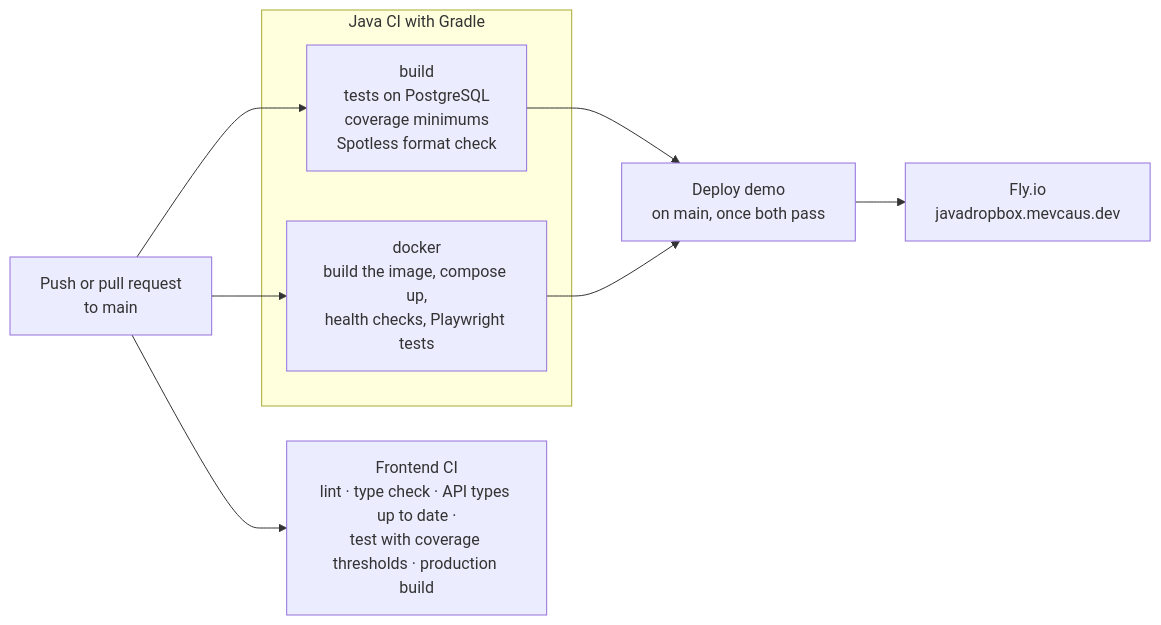
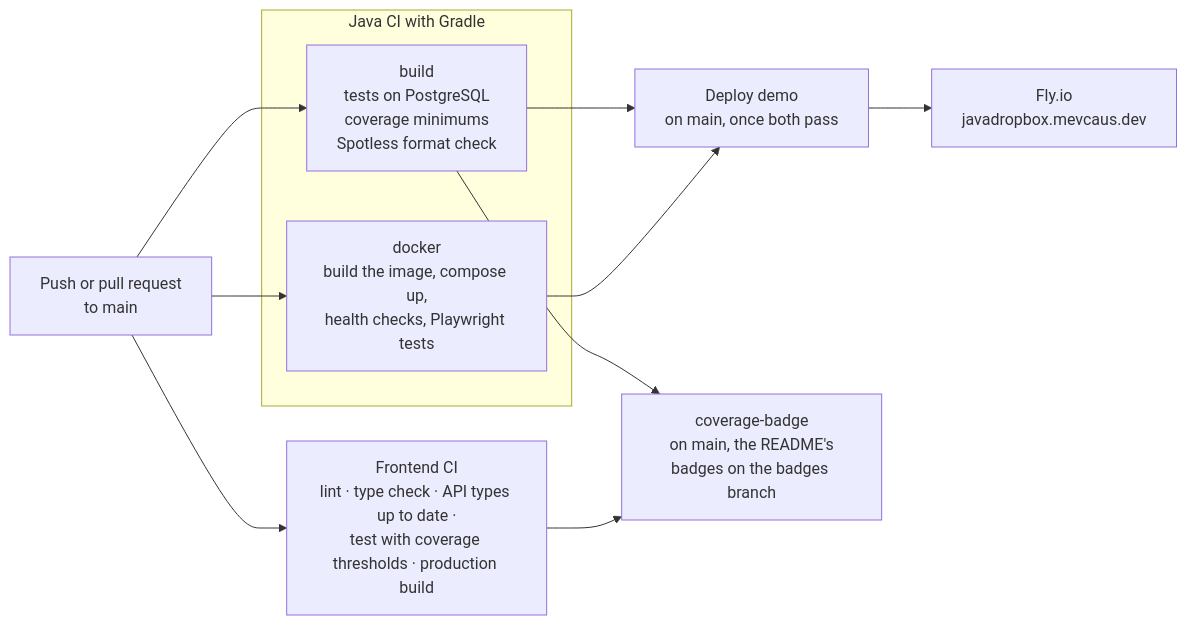
The sixth of 6 diagrams in README.md (mevcaus/JavaDropbox), drawn with Mermaid before and after one commit. The commit also changed other lines of this file and 7 other files, not shown here.

Commit message:
publish both coverage reports from ci and show them as readme badges

````diff
--- a/README.md
+++ b/README.md
@@ -371,14 +373,15 @@
 ```mermaid
 flowchart LR
     Push["Push or pull request<br/>to main"] --> Build & Docker & Frontend
 
     subgraph Gradle["Java CI with Gradle"]
         Build["build<br/>tests on PostgreSQL<br/>coverage minimums<br/>Spotless format check"]
         Docker["docker<br/>build the image, compose up,<br/>health checks, Playwright tests"]
     end
 
     Frontend["Frontend CI<br/>lint · type check · API types up to date ·<br/>test with coverage thresholds · production build"]
 
     Build & Docker --> Deploy["Deploy demo<br/>on main, once both pass"]
     Deploy --> Fly["Fly.io<br/>javadropbox.mevcaus.dev"]
+    Build & Frontend --> Badges["coverage-badge<br/>on main, the README's<br/>badges on the badges branch"]
 ```
````
